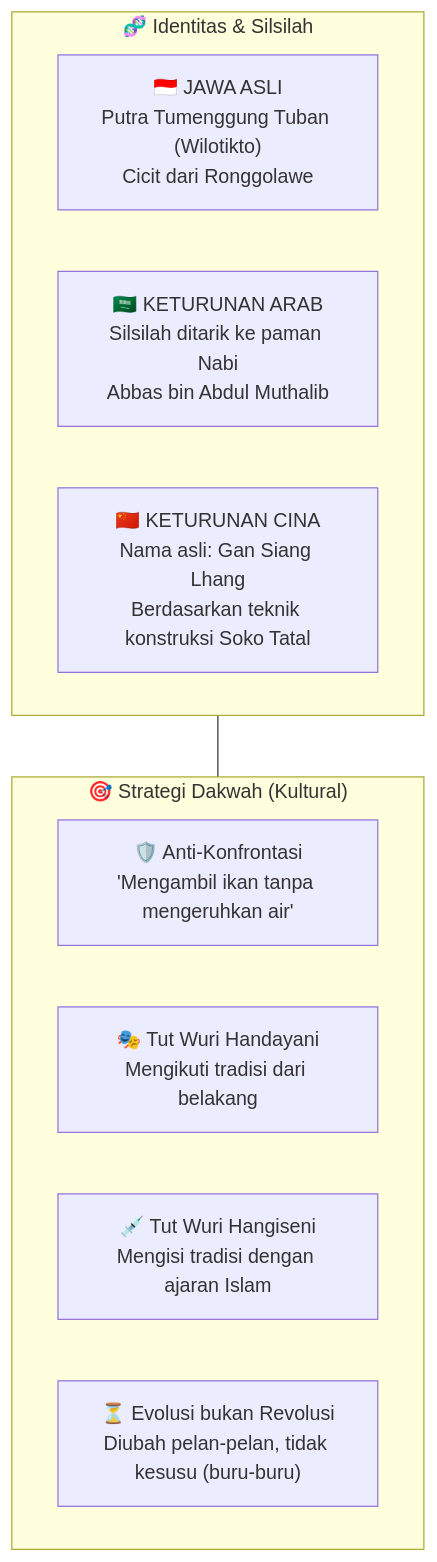
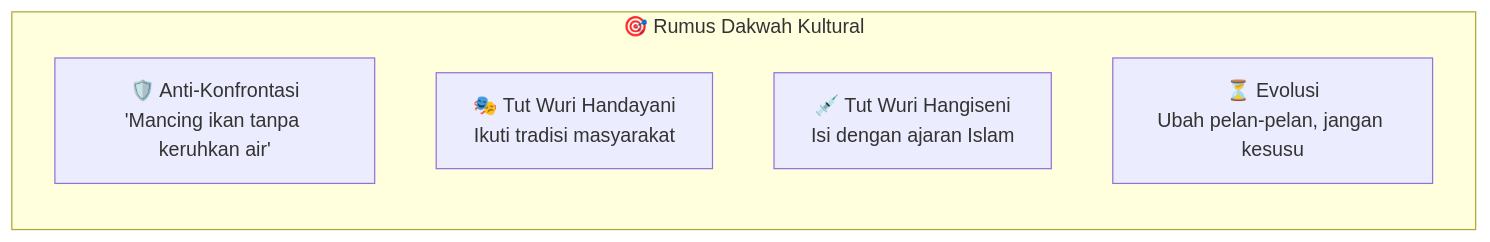
One commit to dwirx/BangunAI-Blog changed the second of 4 diagrams in src/content/writing/ngaji-filsafat-138-sufi-nusantara-sunan-kalijaga.mdx. Above: the diagram before and after it, drawn with Mermaid. The commit also changed other lines of this file, not shown here.

````diff
--- a/src/content/writing/ngaji-filsafat-138-sufi-nusantara-sunan-kalijaga.mdx
+++ b/src/content/writing/ngaji-filsafat-138-sufi-nusantara-sunan-kalijaga.mdx
@@ -33,17 +57,9 @@
 ```mermaid
-graph TD
-    subgraph IDENTITAS["🧬 Identitas & Silsilah"]
-        JAWA["🇮🇩 JAWA ASLI<br/>Putra Tumenggung Tuban (Wilotikto)<br/>Cicit dari Ronggolawe"]
-        ARAB["🇸🇦 KETURUNAN ARAB<br/>Silsilah ditarik ke paman Nabi<br/>Abbas bin Abdul Muthalib"]
-        CINA["🇨🇳 KETURUNAN CINA<br/>Nama asli: Gan Siang Lhang<br/>Berdasarkan teknik konstruksi Soko Tatal"]
+graph LR
+    subgraph DAKWAH["🎯 Rumus Dakwah Kultural"]
+        S1["🛡️ Anti-Konfrontasi<br/>'Mancing ikan tanpa keruhkan air'"]
+        S2["🎭 Tut Wuri Handayani<br/>Ikuti tradisi masyarakat"]
+        S3["💉 Tut Wuri Hangiseni<br/>Isi dengan ajaran Islam"]
+        S4["⏳ Evolusi<br/>Ubah pelan-pelan, jangan kesusu"]
     end
-
-    subgraph DAKWAH["🎯 Strategi Dakwah (Kultural)"]
-        S1["🛡️ Anti-Konfrontasi<br/>'Mengambil ikan tanpa mengeruhkan air'"]
-        S2["🎭 Tut Wuri Handayani<br/>Mengikuti tradisi dari belakang"]
-        S3["💉 Tut Wuri Hangiseni<br/>Mengisi tradisi dengan ajaran Islam"]
-        S4["⏳ Evolusi bukan Revolusi<br/>Diubah pelan-pelan, tidak kesusu (buru-buru)"]
-    end
-
-    IDENTITAS --- DAKWAH
 ```
````
